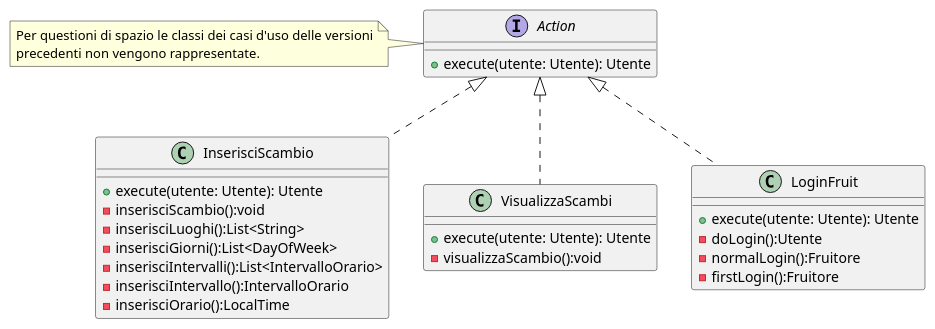
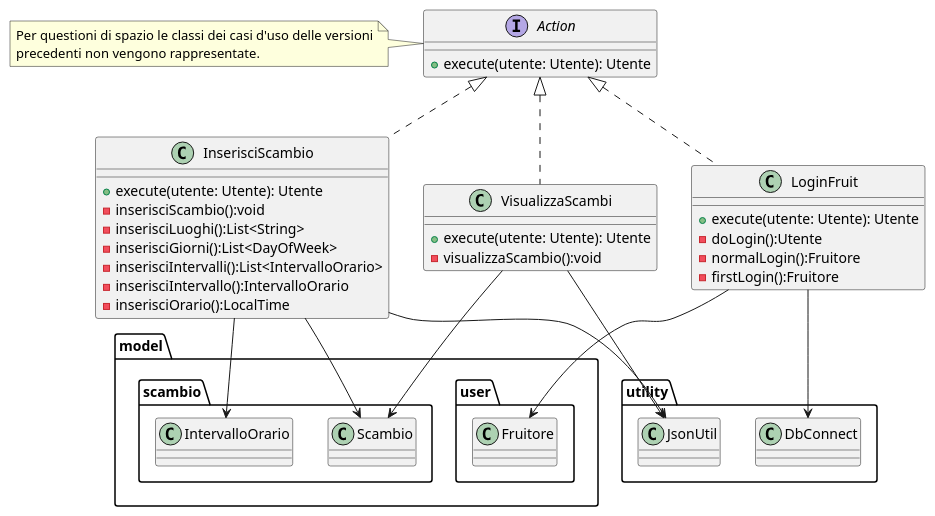
Before and after one commit to bernagit/IngegneriaSoftware: the diagram in Documentation/Ver2/controller.puml, drawn with PlantUML. The commit also changed 21 other files, not shown here.

```diff
--- a/Documentation/Ver2/controller.puml
+++ b/Documentation/Ver2/controller.puml
@@ -1,37 +1,45 @@
 @startuml controller
 
 
 
 interface Action{
     +execute(utente: Utente): Utente
 }
 
 note left of Action
     Per questioni di spazio le classi dei casi d'uso delle versioni
     precedenti non vengono rappresentate.
 endnote
 
 class InserisciScambio implements Action{
     +execute(utente: Utente): Utente
     -inserisciScambio():void
     -inserisciLuoghi():List<String>
     -inserisciGiorni():List<DayOfWeek>
     -inserisciIntervalli():List<IntervalloOrario>
     -inserisciIntervallo():IntervalloOrario
     -inserisciOrario():LocalTime
 
 }
 
 class VisualizzaScambi implements Action{
     +execute(utente: Utente): Utente
     -visualizzaScambio():void
 }
 
 class LoginFruit implements Action{
     +execute(utente: Utente): Utente
     -doLogin():Utente
     -normalLogin():Fruitore
     -firstLogin():Fruitore
 }
 
+InserisciScambio --> model.scambio.IntervalloOrario
+InserisciScambio --> model.scambio.Scambio
+VisualizzaScambi --> model.scambio.Scambio
+LoginFruit --> model.user.Fruitore
+LoginFruit --> utility.DbConnect
+InserisciScambio --> utility.JsonUtil
+VisualizzaScambi --> utility.JsonUtil
+
 @enduml
```
